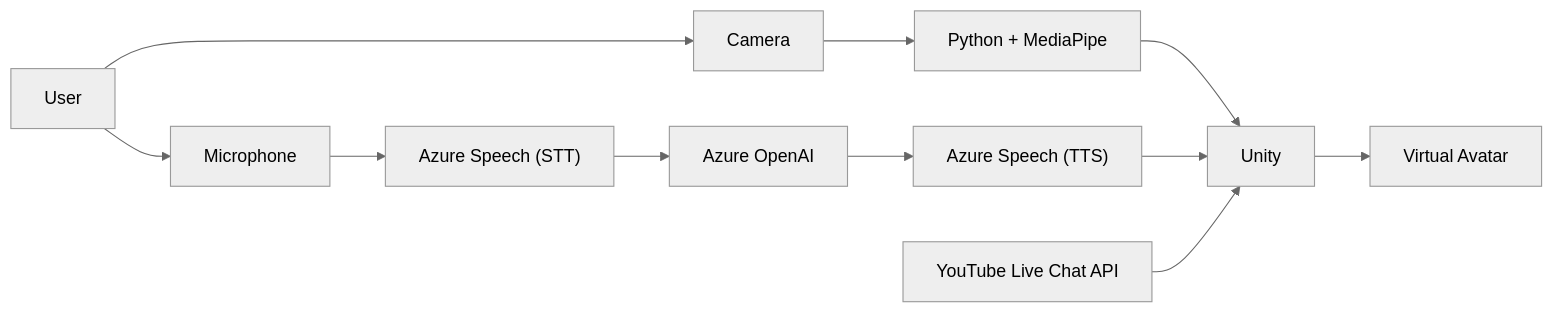
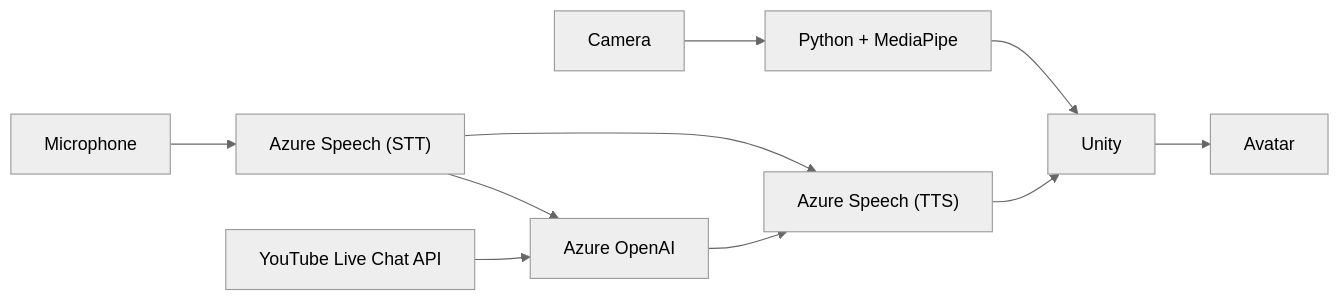
The diagram in README.md (JK-remi/AI-Virtual-Idol), drawn with Mermaid (neutral theme) before and after one commit.

Commit message:
Update README.md
시스템 아키텍처 플로우 차트 수정

````diff
--- a/README.md
+++ b/README.md
@@ -60,34 +60,32 @@
 ```mermaid
 flowchart LR
-
-    User["User"]
 
     Camera["Camera"]
     Microphone["Microphone"]
     YouTube["YouTube Live Chat API"]
 
     Python["Python + MediaPipe"]
 
     STT["Azure Speech (STT)"]
     LLM["Azure OpenAI"]
     TTS["Azure Speech (TTS)"]
 
     Unity["Unity"]
 
-    Avatar["Virtual Avatar"]
-
-    User --> Camera
-    User --> Microphone
+    Avatar["Avatar"]
 
     Camera --> Python
     Python --> Unity
 
     Microphone --> STT
     STT --> LLM
+    STT --> TTS
+
+    YouTube --> LLM
+
     LLM --> TTS
+
     TTS --> Unity
-
-    YouTube --> Unity
 
     Unity --> Avatar
 ```
````
